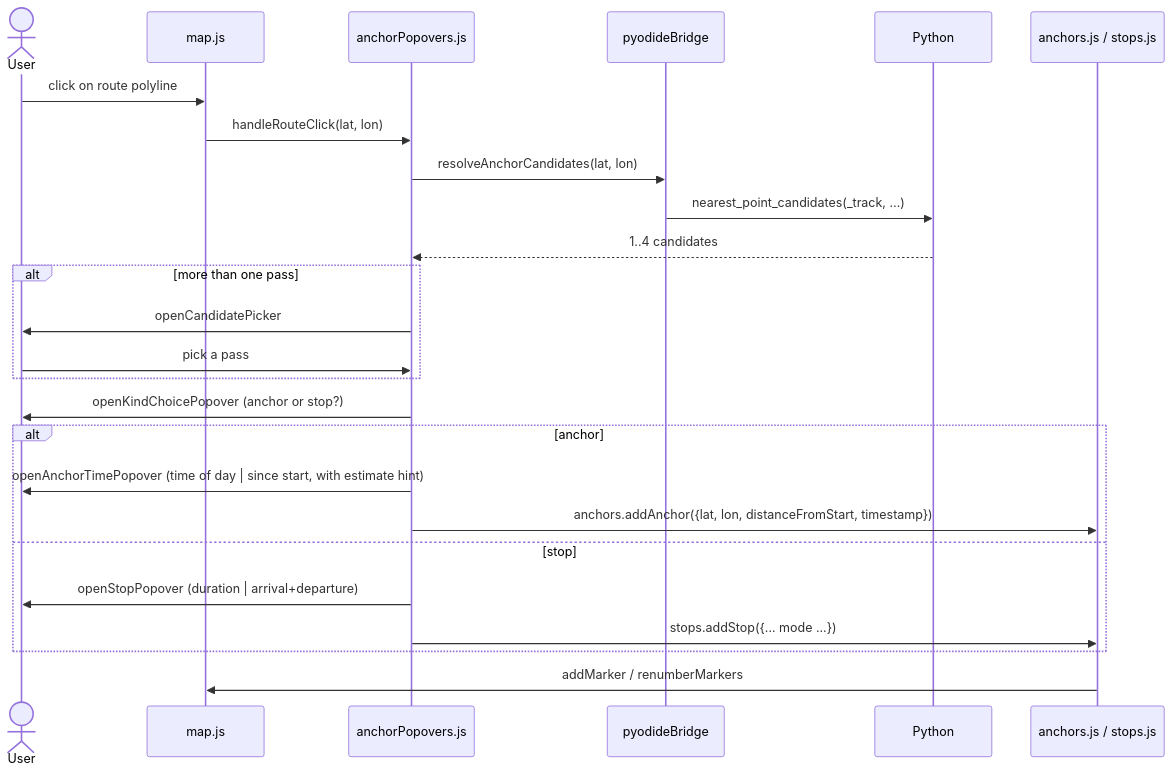
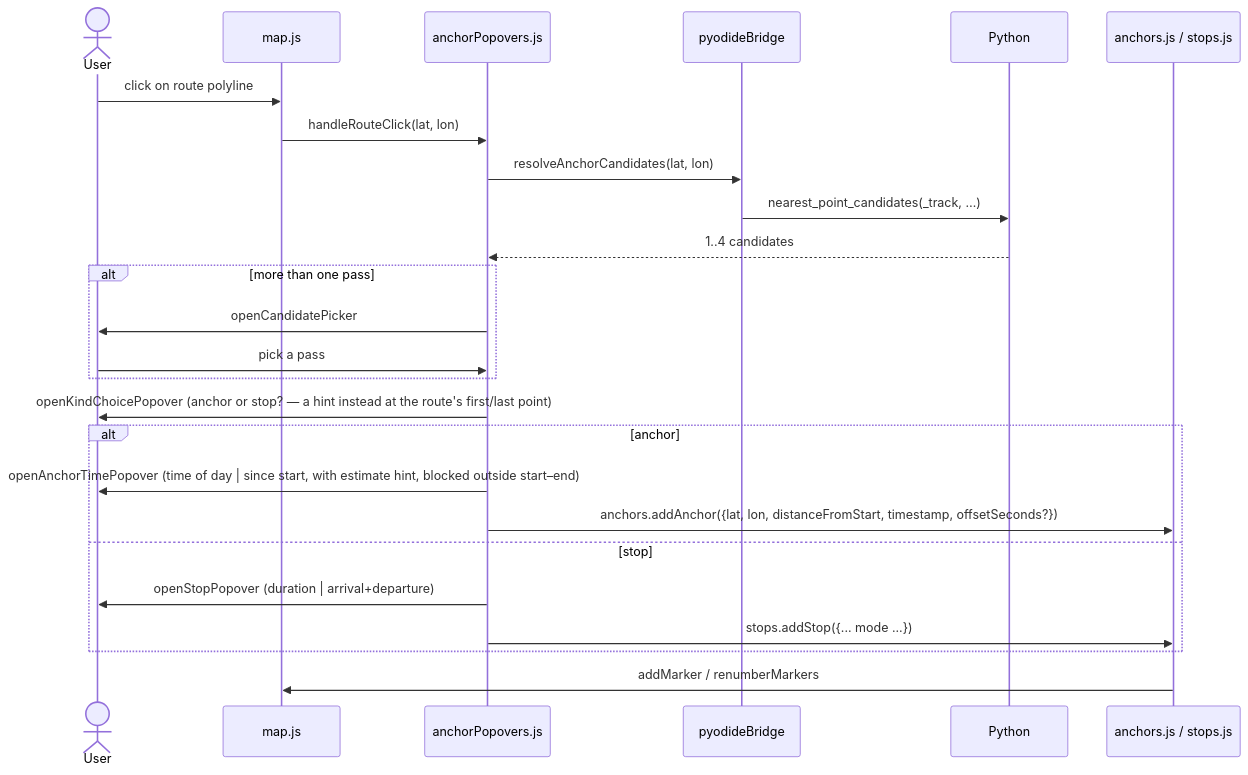
Before and after one commit to martin-iflap/GPX_to_FIT: diagram 11 of 14 in docs/ARCHITECTURE.md, drawn with Mermaid. The commit also changed other lines of this file and 28 other files, not shown here.

````diff
--- a/docs/ARCHITECTURE.md
+++ b/docs/ARCHITECTURE.md
@@ -620,27 +644,27 @@
 ```mermaid
 sequenceDiagram
   actor U as User
   participant M as map.js
   participant AP as anchorPopovers.js
   participant B as pyodideBridge
   participant P as Python
   participant L as anchors.js / stops.js
   U->>M: click on route polyline
   M->>AP: handleRouteClick(lat, lon)
   AP->>B: resolveAnchorCandidates(lat, lon)
   B->>P: nearest_point_candidates(_track, …)
   P-->>AP: 1..4 candidates
   alt more than one pass
     AP->>U: openCandidatePicker
     U->>AP: pick a pass
   end
-  AP->>U: openKindChoicePopover (anchor or stop?)
+  AP->>U: openKindChoicePopover (anchor or stop? — a hint instead at the route's first/last point)
   alt anchor
-    AP->>U: openAnchorTimePopover (time of day | since start, with estimate hint)
-    AP->>L: anchors.addAnchor({lat, lon, distanceFromStart, timestamp})
+    AP->>U: openAnchorTimePopover (time of day | since start, with estimate hint, blocked outside start–end)
+    AP->>L: anchors.addAnchor({lat, lon, distanceFromStart, timestamp, offsetSeconds?})
   else stop
     AP->>U: openStopPopover (duration | arrival+departure)
     AP->>L: stops.addStop({... mode ...})
   end
   L->>M: addMarker / renumberMarkers
 ```
````
